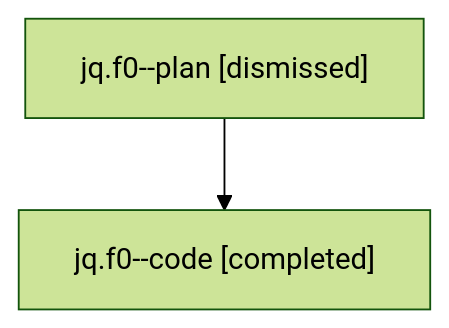
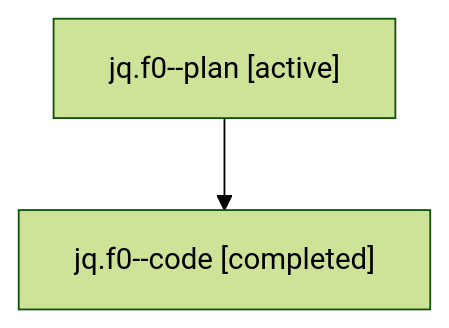
Before and after one commit to sase-org/sase--agents: the diagram in families/bbugyi200.athena.jq.f0.md, drawn with Mermaid (forest theme). The commit also changed other lines of this file and 8679 other files, not shown here.

````diff
--- a/families/bbugyi200.athena.jq.f0.md
+++ b/families/bbugyi200.athena.jq.f0.md
@@ -9,6 +9,6 @@
 ```mermaid
 flowchart TD
-  n0["jq.f0--plan [dismissed]"]
+  n0["jq.f0--plan [active]"]
   n1["jq.f0--code [completed]"]
   n0 --> n1
 ```
````
